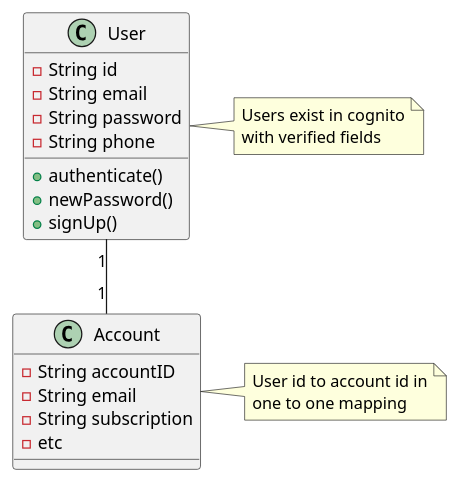
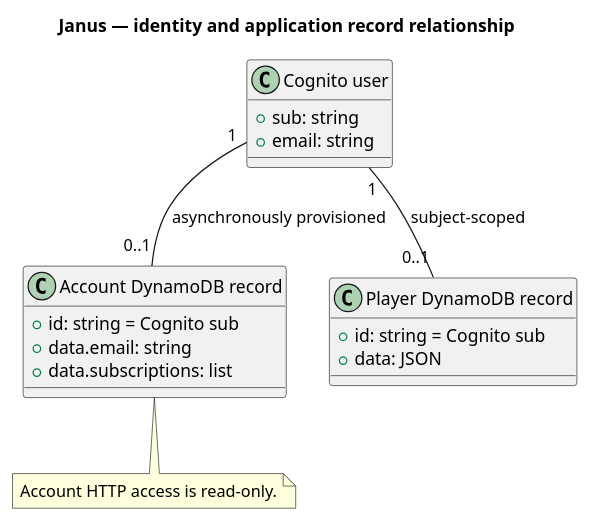
Before and after one commit to ryjen/janus-api: the diagram in docs/classdia.plantuml, drawn with PlantUML. The commit also changed 50 other files, not shown here.

```diff
--- a/docs/classdia.plantuml
+++ b/docs/classdia.plantuml
@@ -1,31 +1,21 @@
 @startuml
-class User {
-  -String id
-  -String email
-  -String password
-  -String phone
-  +authenticate()
-  +newPassword()
-  +signUp()
+title Janus — identity and application record relationship
+class "Cognito user" as Cognito {
+  +sub: string
+  +email: string
 }
-
-note right
-  Users exist in cognito
-  with verified fields
+class "Account DynamoDB record" as Account {
+  +id: string = Cognito sub
+  +data.email: string
+  +data.subscriptions: list
+}
+class "Player DynamoDB record" as Player {
+  +id: string = Cognito sub
+  +data: JSON
+}
+Cognito "1" -- "0..1" Account: asynchronously provisioned
+Cognito "1" -- "0..1" Player: subject-scoped
+note bottom of Account
+Account HTTP access is read-only.
 end note
-
-class Account {
-   - String accountID
-   - String email
-   - String subscription
-   - etc
-}
-
-note right
-  User id to account id in
-  one to one mapping
-end note
-
-User "1" -- "1" Account
-
 @enduml
```
